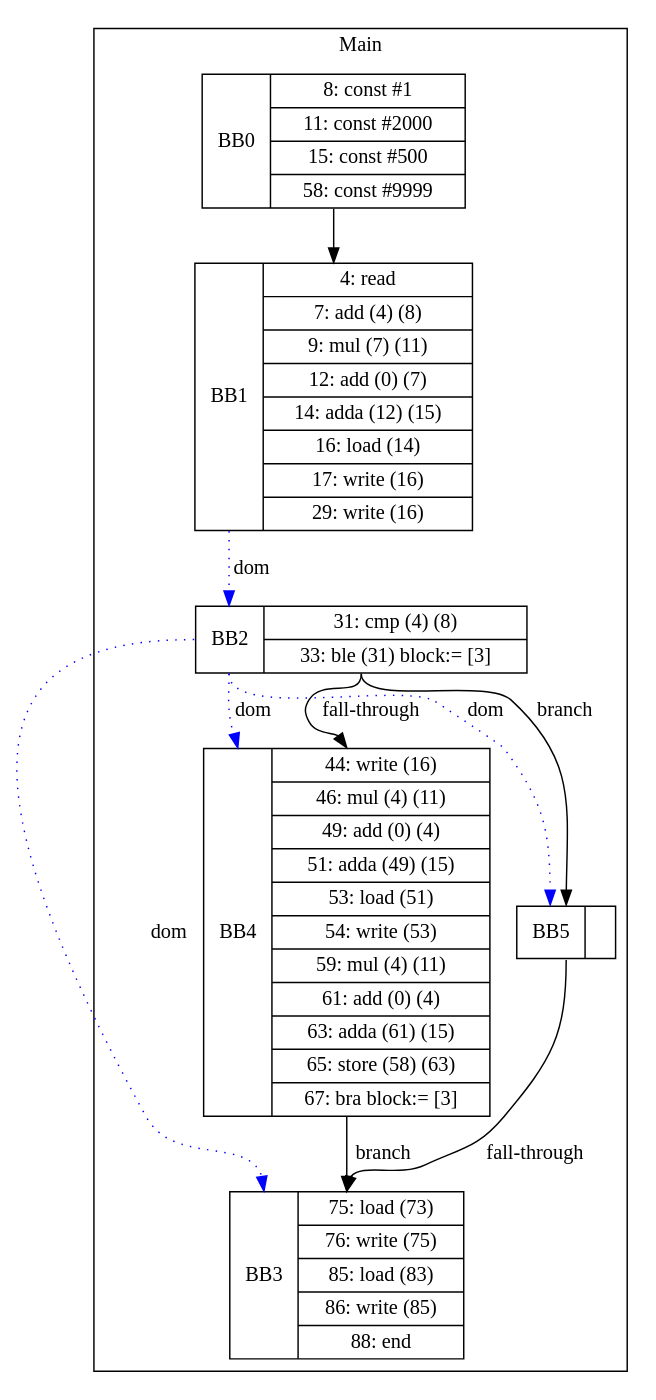
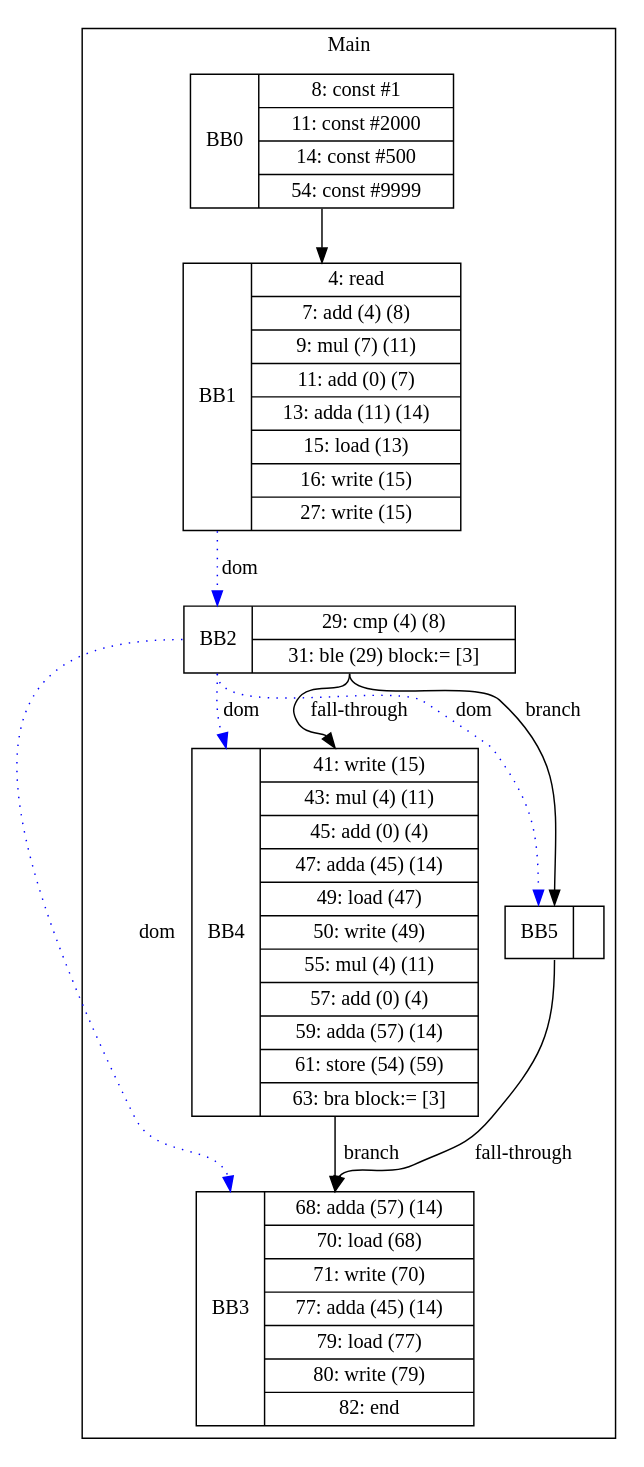
The diagram in visualization/cbelem/array/ifJoinKill-2.gv (zjc664656505/UCI-CS241-Advanced-Compiler-main), drawn with Graphviz before and after one commit. The commit also changed 40 other files, not shown here.

```diff
--- a/visualization/cbelem/array/ifJoinKill-2.gv
+++ b/visualization/cbelem/array/ifJoinKill-2.gv
@@ -1,21 +1,21 @@
 digraph G {
 node [shape=record];
 subgraph cluster_main{
 label = "Main";
-BB0 [shape=record, label="<b>BB0|{8: const #1|11: const #2000|15: const #500|58: const #9999}"];
-BB1 [shape=record, label="<b>BB1|{4: read|7: add (4) (8)|9: mul (7) (11)|12: add (0) (7)|14: adda (12) (15)|16: load (14)|17: write (16)|29: write (16)}"];
-BB2 [shape=record, label="<b>BB2|{31: cmp (4) (8)|33: ble (31) block:= [3]}"];
-BB3 [shape=record, label="<b>BB3|{75: load (73)|76: write (75)|85: load (83)|86: write (85)|88: end}"];
-BB4 [shape=record, label="<b>BB4|{44: write (16)|46: mul (4) (11)|49: add (0) (4)|51: adda (49) (15)|53: load (51)|54: write (53)|59: mul (4) (11)|61: add (0) (4)|63: adda (61) (15)|65: store (58) (63)|67: bra block:= [3]}"];
+BB0 [shape=record, label="<b>BB0|{8: const #1|11: const #2000|14: const #500|54: const #9999}"];
+BB1 [shape=record, label="<b>BB1|{4: read|7: add (4) (8)|9: mul (7) (11)|11: add (0) (7)|13: adda (11) (14)|15: load (13)|16: write (15)|27: write (15)}"];
+BB2 [shape=record, label="<b>BB2|{29: cmp (4) (8)|31: ble (29) block:= [3]}"];
+BB3 [shape=record, label="<b>BB3|{68: adda (57) (14)|70: load (68)|71: write (70)|77: adda (45) (14)|79: load (77)|80: write (79)|82: end}"];
+BB4 [shape=record, label="<b>BB4|{41: write (15)|43: mul (4) (11)|45: add (0) (4)|47: adda (45) (14)|49: load (47)|50: write (49)|55: mul (4) (11)|57: add (0) (4)|59: adda (57) (14)|61: store (54) (59)|63: bra block:= [3]}"];
 BB5 [shape=record, label="<b>BB5|}"];
 }
 BB0:s -> BB1:n ;
 BB2:b -> BB3:b [color=blue, style=dotted, label="dom"];
 BB2:b -> BB4:b [color=blue, style=dotted, label="dom"];
 BB1:b -> BB2:b [color=blue, style=dotted, label="dom"];
 BB2:b -> BB5:b [color=blue, style=dotted, label="dom"];
 BB2:s -> BB5:n [label="branch"];
 BB4:s -> BB3:n [label="branch"];
 BB5:s -> BB3:n [label="fall-through"];
 BB2:s -> BB4:n [label="fall-through"];
 }
```
